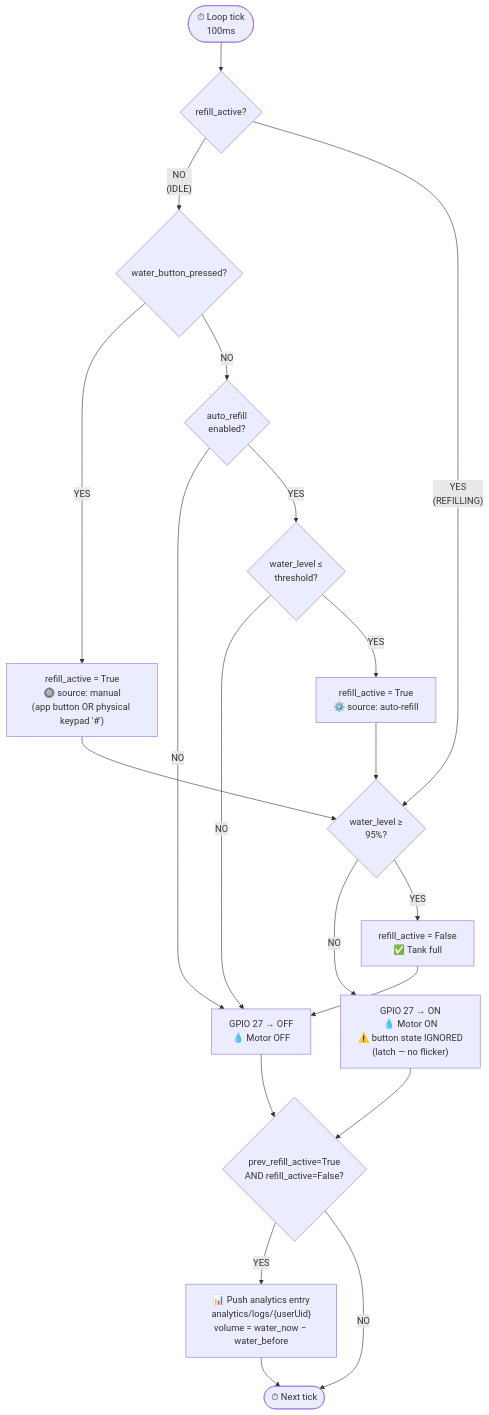
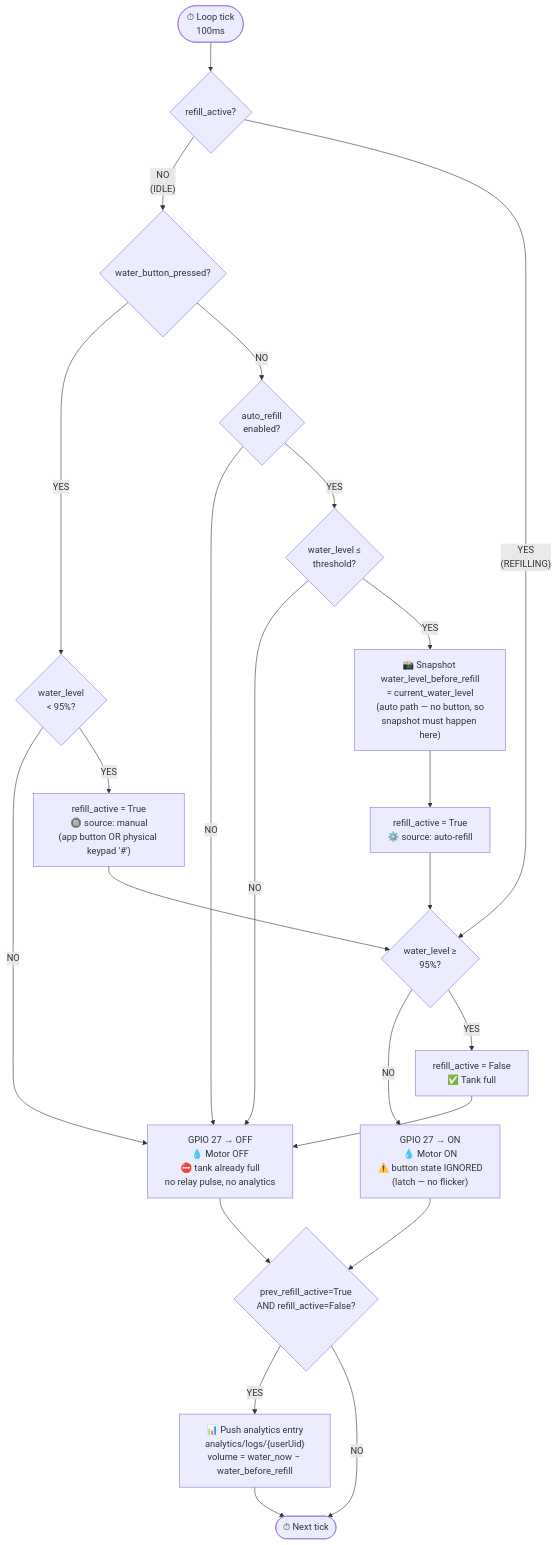
Before and after one commit to law4percent/Chick-Up: the first of 4 diagrams in docs/raspi/system_flow/REFILL_FLOW.md, drawn with Mermaid. The commit also changed other lines of this file and 1 other file, not shown here.

Commit message:
RASPI-TEST 5: Fix issues (a)Manual button starts pump even when tank is full, (b)Manual button starts pump even when tank is full, (c)Auto-refill analytics snapshot is never taken — wrong volume logged

````diff
--- a/docs/raspi/system_flow/REFILL_FLOW.md
+++ b/docs/raspi/system_flow/REFILL_FLOW.md
@@ -7,39 +7,41 @@
 ```mermaid
 flowchart TD
 
     TICK(["⏱ Loop tick\n100ms"])
 
     TICK --> CHECK_ACTIVE{refill_active?}
 
     %% ─── IDLE BRANCH ──────────────────────────────────────────────────────
     CHECK_ACTIVE -- "NO\n(IDLE)" --> CHECK_BUTTON{water_button_pressed?}
 
-    CHECK_BUTTON -- YES --> START_MANUAL["refill_active = True\n🔘 source: manual\n(app button OR physical keypad '#')"]
+    CHECK_BUTTON -- YES --> CHECK_NOT_FULL{water_level\n< 95%?}
+    CHECK_NOT_FULL -- NO  --> RELAY_OFF["GPIO 27 → OFF\n💧 Motor OFF\n⛔ tank already full\nno relay pulse, no analytics"]
+    CHECK_NOT_FULL -- YES --> START_MANUAL["refill_active = True\n🔘 source: manual\n(app button OR physical keypad '#')"]
+
     CHECK_BUTTON -- NO  --> CHECK_AUTO{auto_refill\nenabled?}
-
-    CHECK_AUTO -- NO  --> RELAY_OFF["GPIO 27 → OFF\n💧 Motor OFF"]
-    CHECK_AUTO -- YES --> CHECK_LEVEL{water_level ≤\nthreshold?}
-
-    CHECK_LEVEL -- NO  --> RELAY_OFF
-    CHECK_LEVEL -- YES --> START_AUTO["refill_active = True\n⚙️ source: auto-refill"]
+    CHECK_AUTO -- NO  --> RELAY_OFF
+    CHECK_AUTO -- YES --> CHECK_THRESHOLD{water_level ≤\nthreshold?}
+    CHECK_THRESHOLD -- NO  --> RELAY_OFF
+    CHECK_THRESHOLD -- YES --> SNAPSHOT_AUTO["📸 Snapshot water_level_before_refill\n= current_water_level\n(auto path — no button, so\nsnapshot must happen here)"]
+    SNAPSHOT_AUTO --> START_AUTO["refill_active = True\n⚙️ source: auto-refill"]
 
     %% ─── ACTIVE BRANCH ────────────────────────────────────────────────────
     CHECK_ACTIVE -- "YES\n(REFILLING)" --> CHECK_FULL{water_level ≥\n95%?}
 
     CHECK_FULL -- NO  --> RELAY_ON["GPIO 27 → ON\n💧 Motor ON\n⚠️ button state IGNORED\n(latch — no flicker)"]
     CHECK_FULL -- YES --> STOP["refill_active = False\n✅ Tank full"]
 
     %% ─── CONVERGE ─────────────────────────────────────────────────────────
     START_MANUAL --> CHECK_FULL
     START_AUTO   --> CHECK_FULL
     STOP         --> RELAY_OFF
 
-    RELAY_ON  --> LOG_ANALYTICS
-    RELAY_OFF --> LOG_ANALYTICS
+    RELAY_ON  --> ANALYTICS_CHECK
+    RELAY_OFF --> ANALYTICS_CHECK
 
-    LOG_ANALYTICS{"prev_refill_active=True\nAND refill_active=False?"}
-    LOG_ANALYTICS -- YES --> WRITE_ANALYTICS["📊 Push analytics entry\nanalytics/logs/{userUid}\nvolume = water_now − water_before"]
-    LOG_ANALYTICS -- NO  --> NEXT_TICK
+    ANALYTICS_CHECK{"prev_refill_active=True\nAND refill_active=False?"}
+    ANALYTICS_CHECK -- YES --> WRITE_ANALYTICS["📊 Push analytics entry\nanalytics/logs/{userUid}\nvolume = water_now − water_before_refill"]
+    ANALYTICS_CHECK -- NO  --> NEXT_TICK
 
     WRITE_ANALYTICS --> NEXT_TICK(["⏱ Next tick"])
 ```
````
